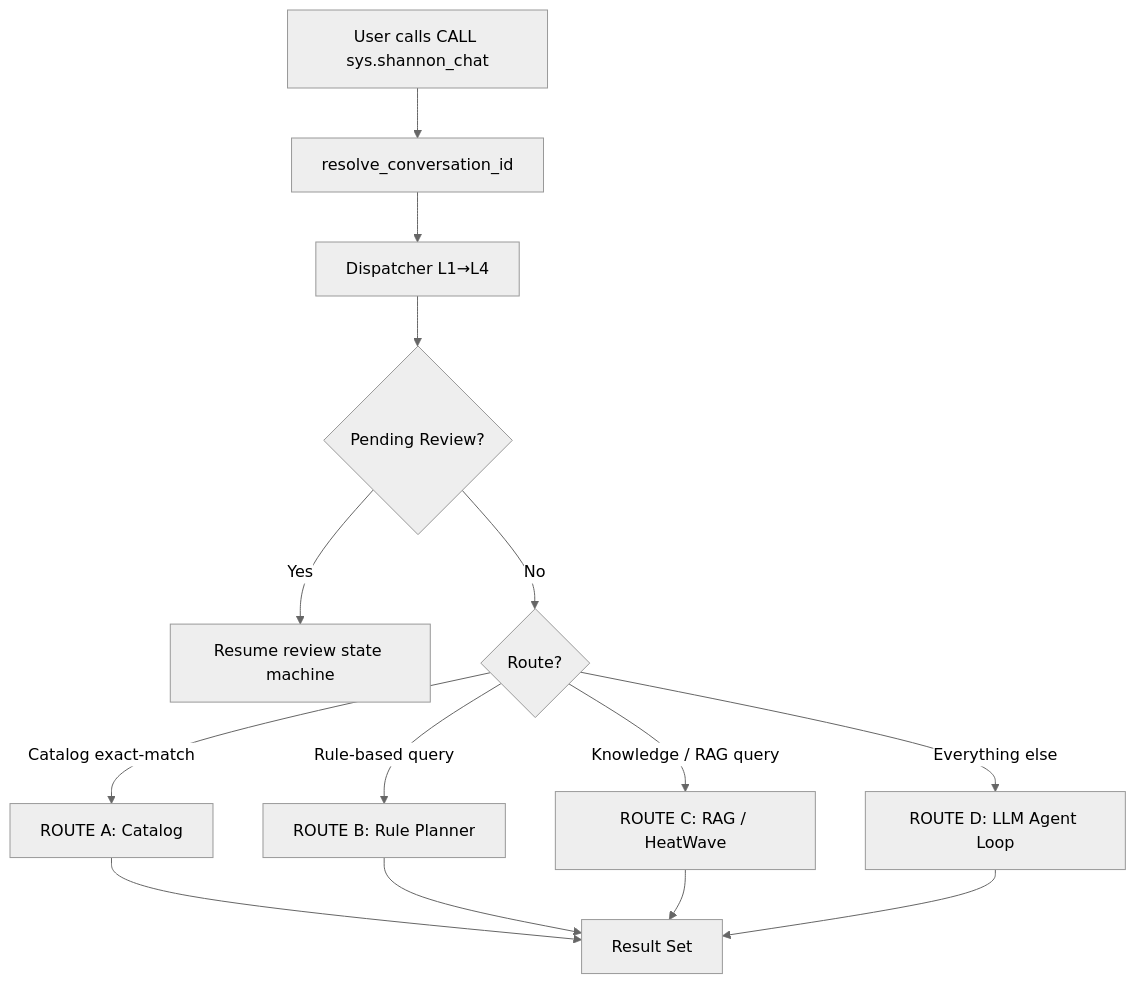
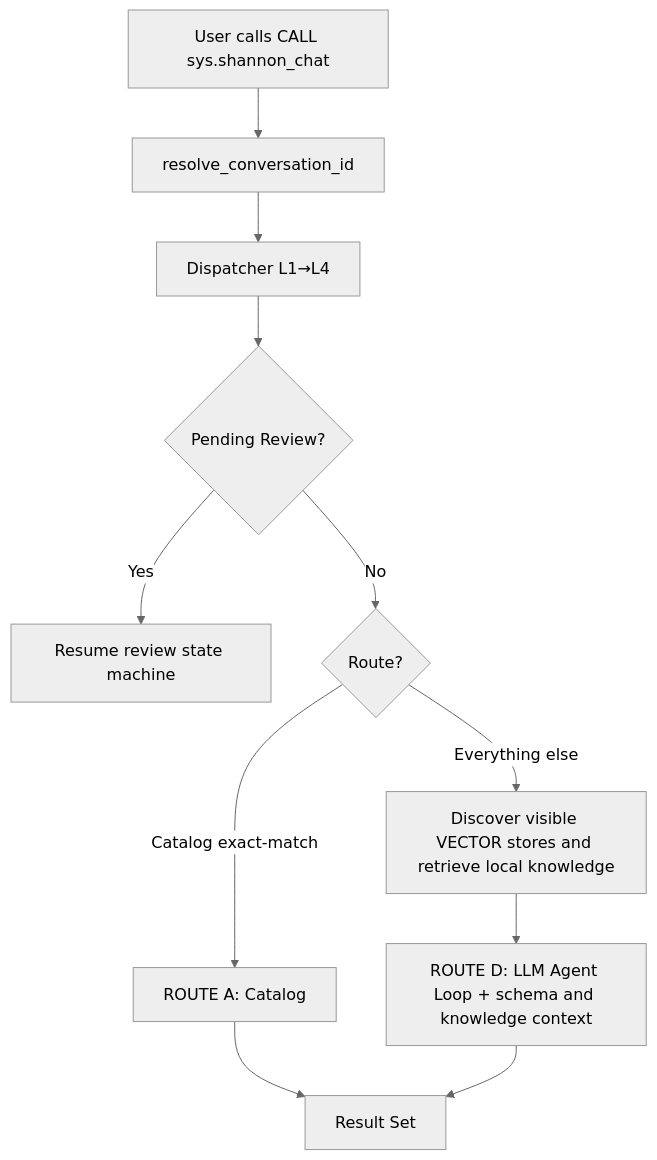
Before and after one commit to Shannon-Data/ShannonBase: the diagram in scripts/sys_schema/agent/HOW_TO_USE.md, drawn with Mermaid (neutral theme). The commit also changed other lines of this file and 89 other files, not shown here.

````diff
--- a/scripts/sys_schema/agent/HOW_TO_USE.md
+++ b/scripts/sys_schema/agent/HOW_TO_USE.md
@@ -169,16 +169,13 @@
 ```mermaid
 flowchart TD
     U[User calls CALL sys.shannon_chat] --> CR[resolve_conversation_id]
     CR --> D[Dispatcher L1→L4]
     D --> P{Pending Review?}
     P -->|Yes| R[Resume review state machine]
     P -->|No| RT{Route?}
     RT -->|Catalog exact-match| A[ROUTE A: Catalog]
-    RT -->|Rule-based query| B[ROUTE B: Rule Planner]
-    RT -->|Knowledge / RAG query| C[ROUTE C: RAG / HeatWave]
-    RT -->|Everything else| D2[ROUTE D: LLM Agent Loop]
+    RT -->|Everything else| K[Discover visible VECTOR stores and retrieve local knowledge]
+    K --> D2[ROUTE D: LLM Agent Loop + schema and knowledge context]
     A --> O[Result Set]
-    B --> O
-    C --> O
     D2 --> O
 ```
````
